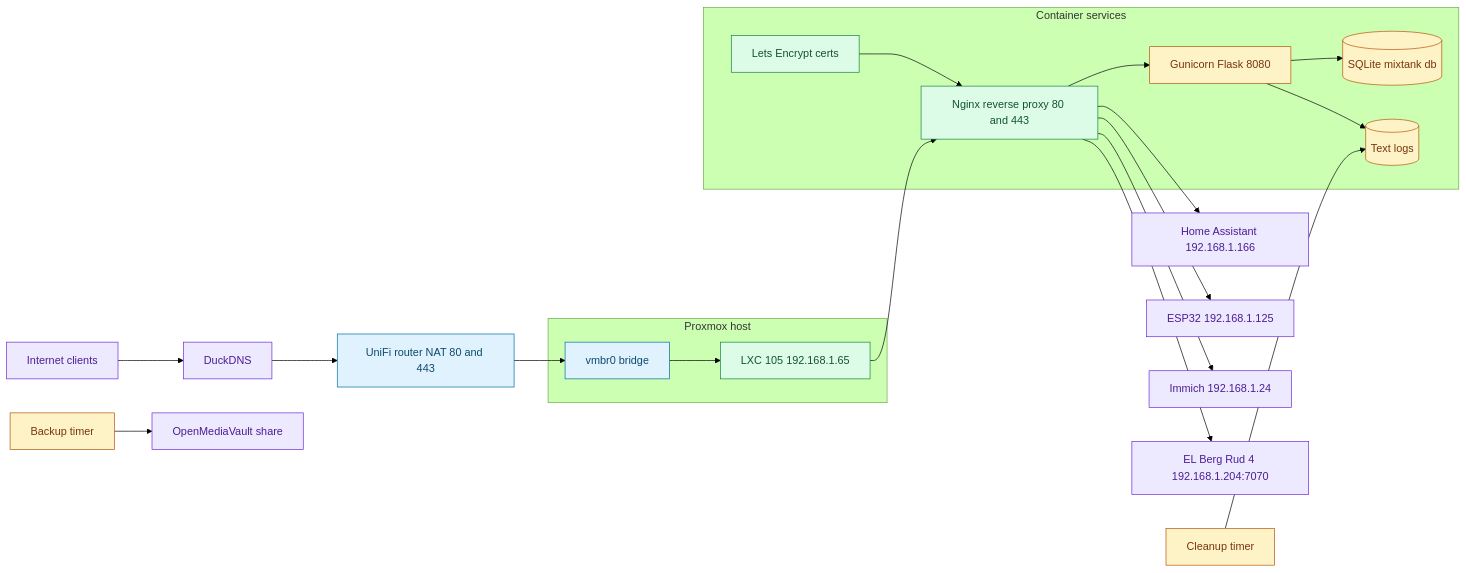
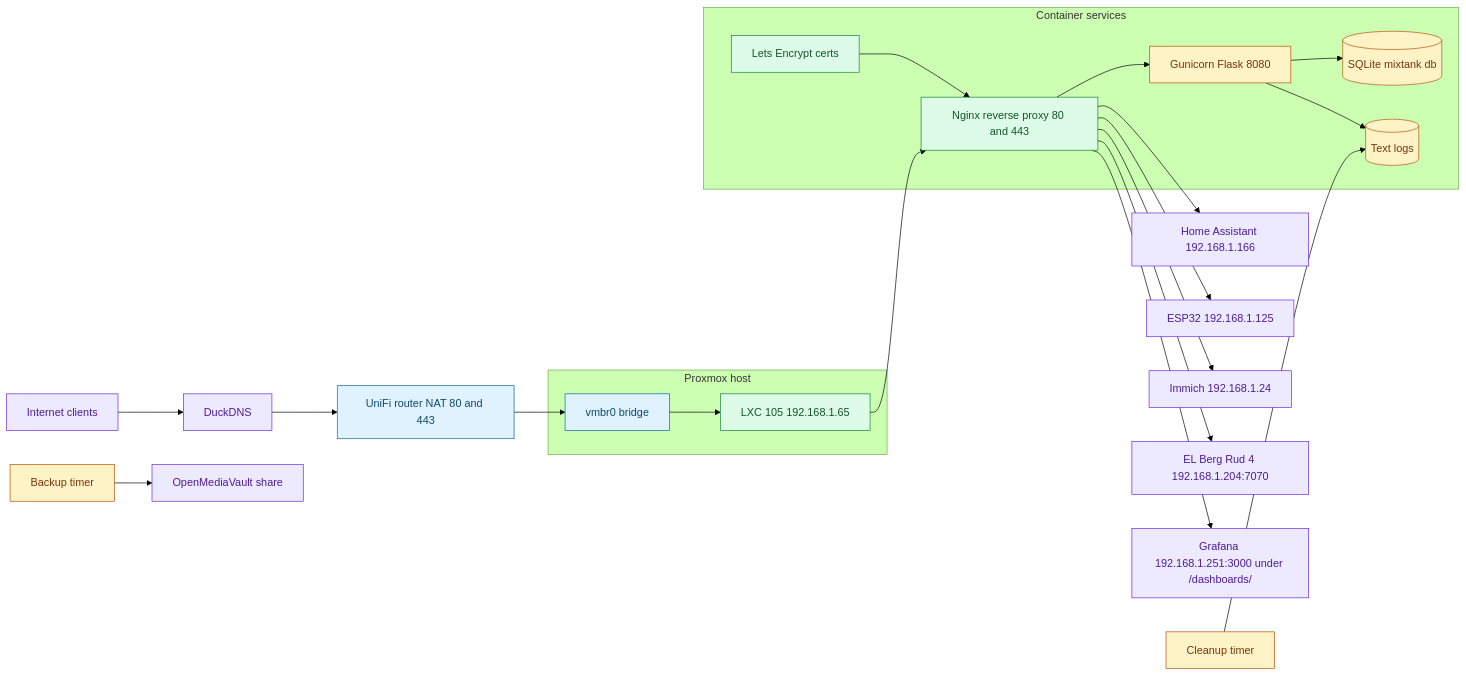
One commit to TomasAssemblinEL/ProxmoxPubliseradeWebbLoggar changed the diagram in system-architecture.md. Above: the diagram before and after it, drawn with Mermaid (forest theme). The commit also changed 3 other files, not shown here.

Commit message:
Publish Grafana dashboards under /dashboards/ and add portal entry

````diff
--- a/system-architecture.md
+++ b/system-architecture.md
@@ -5,40 +5,41 @@
 ```mermaid
 flowchart LR
     classDef edge fill:#e0f2fe,stroke:#0369a1,stroke-width:1px,color:#0c4a6e
     classDef core fill:#dcfce7,stroke:#15803d,stroke-width:1px,color:#14532d
     classDef app fill:#fef3c7,stroke:#b45309,stroke-width:1px,color:#78350f
     classDef ext fill:#ede9fe,stroke:#6d28d9,stroke-width:1px,color:#4c1d95
 
     Internet[Internet clients]:::ext --> DNS[DuckDNS]:::ext
     DNS --> Router[UniFi router NAT 80 and 443]:::edge
 
     subgraph ProxmoxHost[Proxmox host]
         Bridge[vmbr0 bridge]:::edge
         CT[LXC 105 192.168.1.65]:::core
         Bridge --> CT
     end
 
     Router --> Bridge
 
     subgraph LXCStack[Container services]
         Nginx[Nginx reverse proxy 80 and 443]:::core
         Flask[Gunicorn Flask 8080]:::app
         DB[(SQLite mixtank db)]:::app
         Logs[(Text logs)]:::app
         Certs[Lets Encrypt certs]:::core
         Nginx --> Flask
         Flask --> DB
         Flask --> Logs
         Certs --> Nginx
     end
 
     CT --> Nginx
 
     Nginx --> HA[Home Assistant 192.168.1.166]:::ext
     Nginx --> ESP32[ESP32 192.168.1.125]:::ext
     Nginx --> Immich[Immich 192.168.1.24]:::ext
     Nginx --> ELBergRud4[EL Berg Rud 4 192.168.1.204:7070]:::ext
+    Nginx --> Grafana[Grafana 192.168.1.251:3000 under /dashboards/]:::ext
 
     Backup[Backup timer]:::app --> OMV[OpenMediaVault share]:::ext
     Cleanup[Cleanup timer]:::app --> Logs
 ```
````
